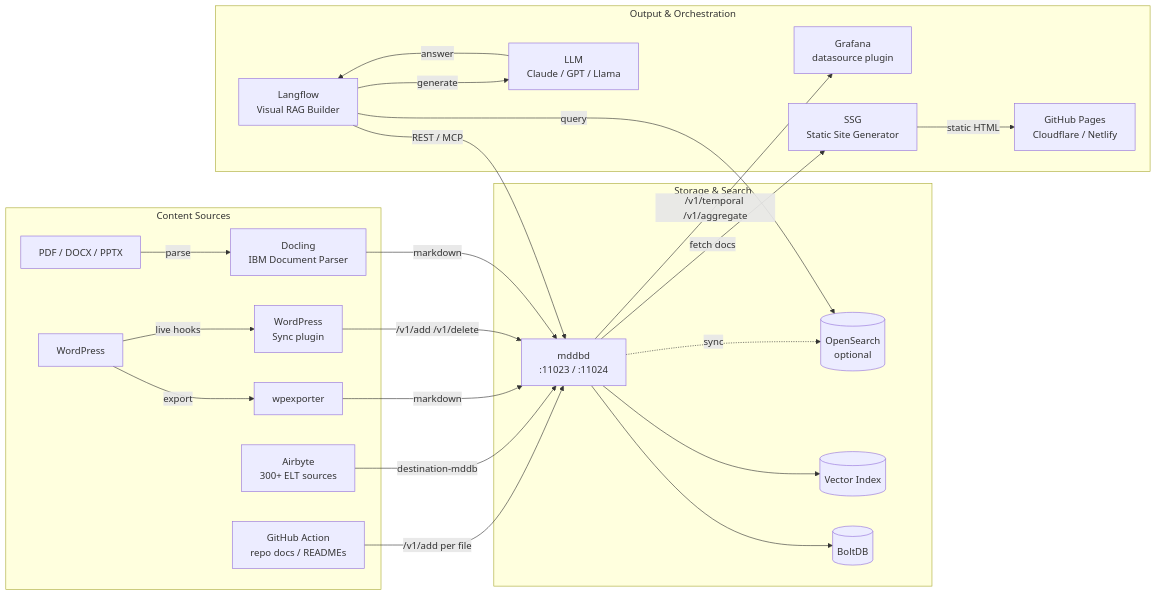
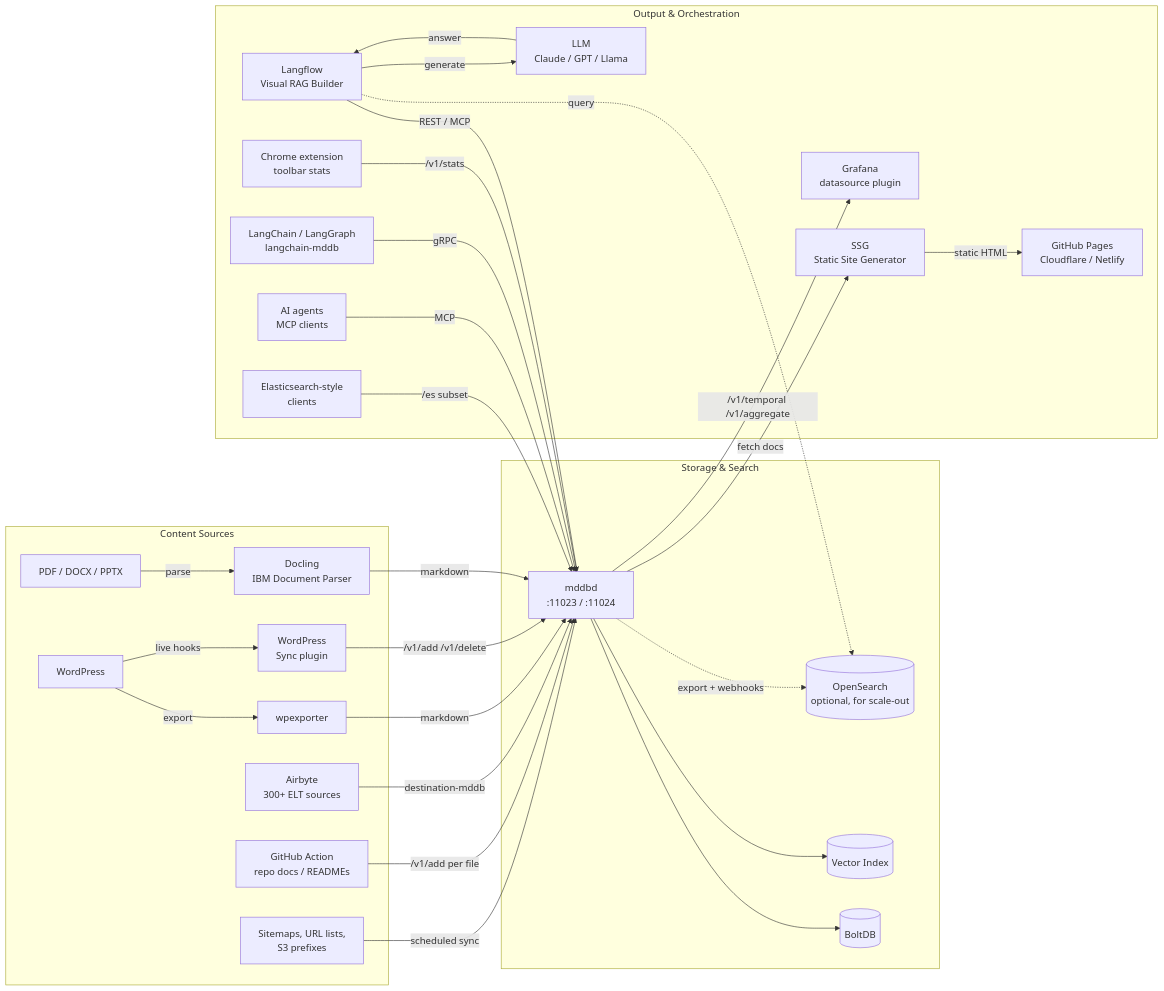
One commit to tradik/mddb changed the first of 8 diagrams in docs/INTEGRATIONS.md. Above: the diagram before and after it, drawn with Mermaid. The commit also changed other lines of this file and 8 other files, not shown here.

First line of the commit message:
docs: a page for using MDDB from AI agents; OpenSearch section rewritten from the code and benchmarks; stale tool counts, MCP setups and algorithm counts fixed

````diff
--- a/docs/INTEGRATIONS.md
+++ b/docs/INTEGRATIONS.md
@@ -14,47 +14,57 @@
 ```mermaid
 graph LR
     subgraph Content Sources
         PDF[PDF / DOCX / PPTX]
         DOCLING[Docling<br>IBM Document Parser]
         WP[WordPress]
         WPEXP[wpexporter]
         WPSYNC[WordPress<br>Sync plugin]
         AB[Airbyte<br>300+ ELT sources]
         GHA[GitHub Action<br>repo docs / READMEs]
+        SITES[Sitemaps, URL lists,<br>S3 prefixes]
     end
 
     subgraph Storage & Search
         MDDB[mddbd<br>:11023 / :11024]
         BOLT[(BoltDB)]
         VEC[(Vector Index)]
-        OS[(OpenSearch<br>optional)]
+        OS[(OpenSearch<br>optional, for scale-out)]
     end
 
     subgraph Output & Orchestration
         SSG[SSG<br>Static Site Generator]
         LF[Langflow<br>Visual RAG Builder]
         LLM[LLM<br>Claude / GPT / Llama]
         DEPLOY[GitHub Pages<br>Cloudflare / Netlify]
         GRAFANA[Grafana<br>datasource plugin]
+        CHROME[Chrome extension<br>toolbar stats]
+        LC[LangChain / LangGraph<br>langchain-mddb]
+        AGENT[AI agents<br>MCP clients]
+        ES[Elasticsearch-style<br>clients]
     end
 
     PDF -->|parse| DOCLING
     DOCLING -->|markdown| MDDB
     WP -->|export| WPEXP
     WPEXP -->|markdown| MDDB
     WP -->|live hooks| WPSYNC
     WPSYNC -->|/v1/add /v1/delete| MDDB
     AB -->|destination-mddb| MDDB
     GHA -->|/v1/add per file| MDDB
+    SITES -->|scheduled sync| MDDB
     MDDB --> BOLT
     MDDB --> VEC
-    MDDB -.->|sync| OS
+    MDDB -.->|export + webhooks| OS
 
     MDDB -->|fetch docs| SSG
     SSG -->|static HTML| DEPLOY
     LF -->|REST / MCP| MDDB
-    LF -->|query| OS
+    LF -.->|query| OS
     LF -->|generate| LLM
     LLM -->|answer| LF
     MDDB -->|/v1/temporal /v1/aggregate| GRAFANA
+    CHROME -->|/v1/stats| MDDB
+    LC -->|gRPC| MDDB
+    AGENT -->|MCP| MDDB
+    ES -->|/es subset| MDDB
 ```
````
